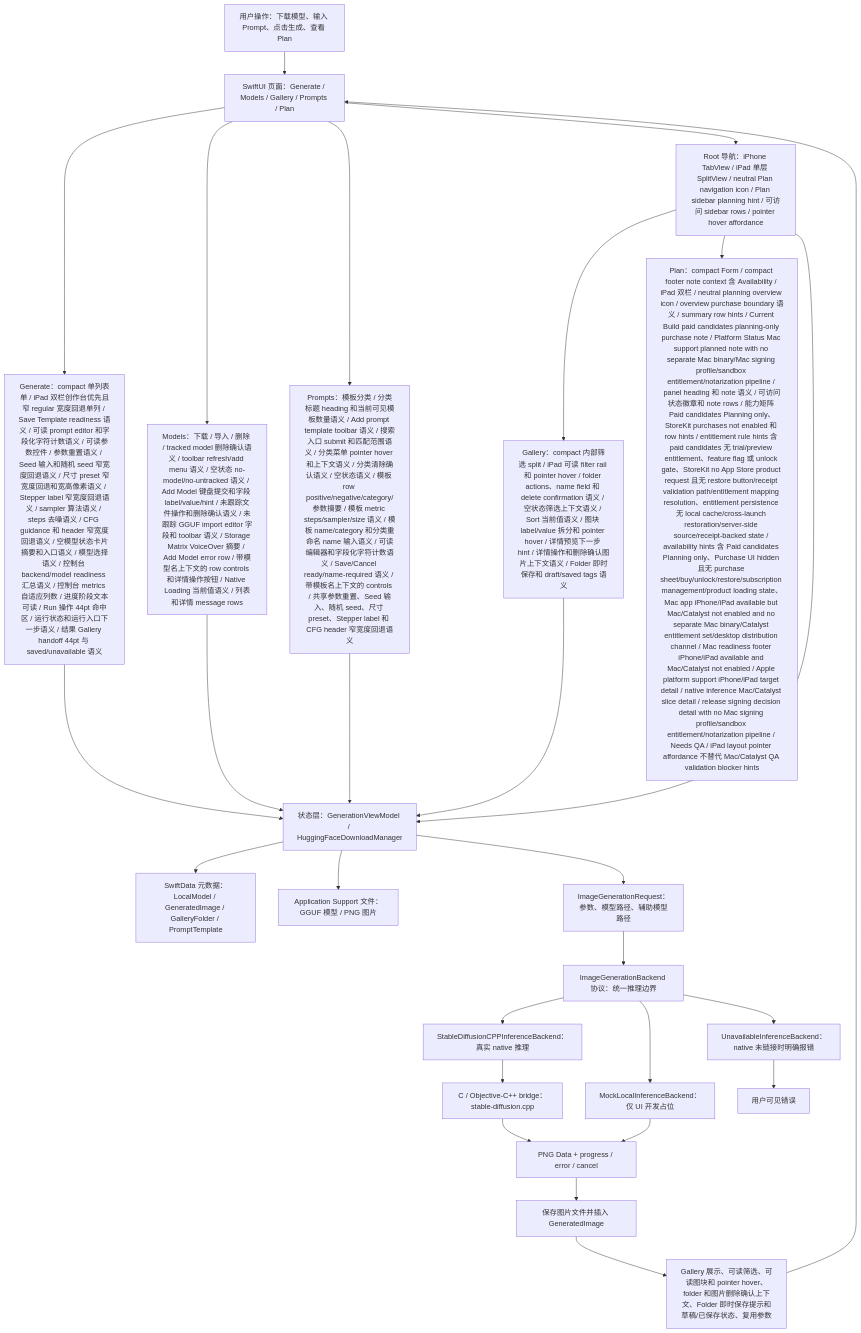
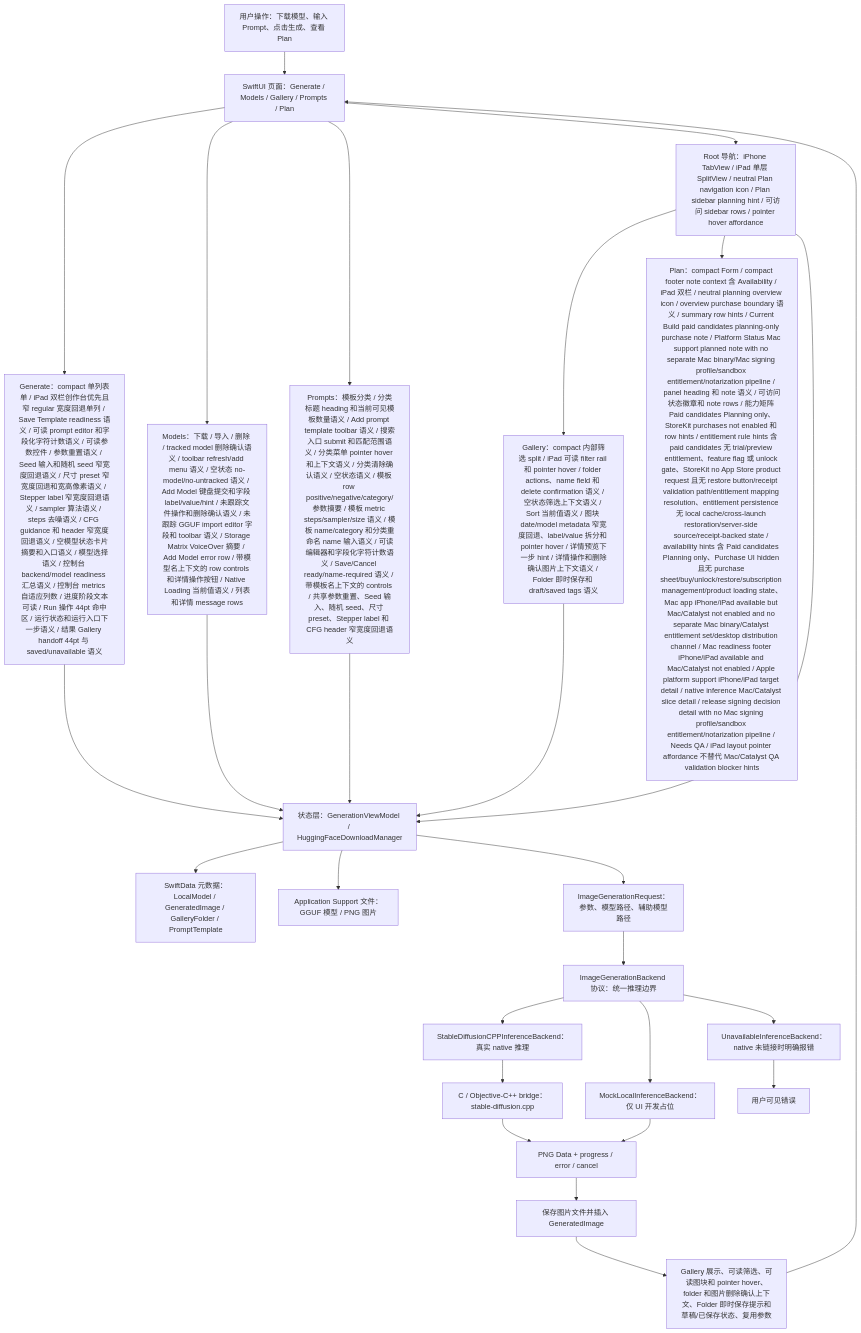
Before and after one commit to Altman-sam114/118: the first of 7 diagrams in md/flow/flowchart.md, drawn with Mermaid. The commit also changed 5 other files, not shown here.

First line of the commit message:
v1.129: Gallery tile model fallback

````diff
--- a/md/flow/flowchart.md
+++ b/md/flow/flowchart.md
@@ -9,29 +9,29 @@
 ```mermaid
 flowchart TD
   U["用户操作：下载模型、输入 Prompt、点击生成、查看 Plan"] --> UI["SwiftUI 页面：Generate / Models / Gallery / Prompts / Plan"]
   UI --> GENUI["Generate：compact 单列表单 / iPad 双栏创作台优先且窄 regular 宽度回退单列 / Save Template readiness 语义 / 可读 prompt editor 和字段化字符计数语义 / 可读参数控件 / 参数重置语义 / Seed 输入和随机 seed 窄宽度回退语义 / 尺寸 preset 窄宽度回退和宽高像素语义 / Stepper label 窄宽度回退语义 / sampler 算法语义 / steps 去噪语义 / CFG guidance 和 header 窄宽度回退语义 / 空模型状态卡片摘要和入口语义 / 模型选择语义 / 控制台 backend/model readiness 汇总语义 / 控制台 metrics 自适应列数 / 进度阶段文本可读 / Run 操作 44pt 命中区 / 运行状态和运行入口下一步语义 / 结果 Gallery handoff 44pt 与 saved/unavailable 语义"]
   UI --> MODELUI["Models：下载 / 导入 / 删除 / tracked model 删除确认语义 / toolbar refresh/add menu 语义 / 空状态 no-model/no-untracked 语义 / Add Model 键盘提交和字段 label/value/hint / 未跟踪文件操作和删除确认语义 / 未跟踪 GGUF import editor 字段和 toolbar 语义 / Storage Matrix VoiceOver 摘要 / Add Model error row / 带模型名上下文的 row controls 和详情操作按钮 / Native Loading 当前值语义 / 列表和详情 message rows"]
   UI --> PROMPTUI["Prompts：模板分类 / 分类标题 heading 和当前可见模板数量语义 / Add prompt template toolbar 语义 / 搜索入口 submit 和匹配范围语义 / 分类菜单 pointer hover 和上下文语义 / 分类清除确认语义 / 空状态语义 / 模板 row positive/negative/category/参数摘要 / 模板 metric steps/sampler/size 语义 / 模板 name/category 和分类重命名 name 输入语义 / 可读编辑器和字段化字符计数语义 / Save/Cancel ready/name-required 语义 / 带模板名上下文的 controls / 共享参数重置、Seed 输入、随机 seed、尺寸 preset、Stepper label 和 CFG header 窄宽度回退语义"]
   UI --> NAV["Root 导航：iPhone TabView / iPad 单层 SplitView / neutral Plan navigation icon / Plan sidebar planning hint / 可访问 sidebar rows / pointer hover affordance"]
-  NAV --> GALUI["Gallery：compact 内部筛选 split / iPad 可读 filter rail 和 pointer hover / folder actions、name field 和 delete confirmation 语义 / 空状态筛选上下文语义 / Sort 当前值语义 / 图块 label/value 拆分和 pointer hover / 详情预览下一步 hint / 详情操作和删除确认图片上下文语义 / Folder 即时保存和 draft/saved tags 语义"]
+  NAV --> GALUI["Gallery：compact 内部筛选 split / iPad 可读 filter rail 和 pointer hover / folder actions、name field 和 delete confirmation 语义 / 空状态筛选上下文语义 / Sort 当前值语义 / 图块 date/model metadata 窄宽度回退、label/value 拆分和 pointer hover / 详情预览下一步 hint / 详情操作和删除确认图片上下文语义 / Folder 即时保存和 draft/saved tags 语义"]
   NAV --> PLANUI["Plan：compact Form / compact footer note context 含 Availability / iPad 双栏 / neutral planning overview icon / overview purchase boundary 语义 / summary row hints / Current Build paid candidates planning-only purchase note / Platform Status Mac support planned note with no separate Mac binary/Mac signing profile/sandbox entitlement/notarization pipeline / panel heading 和 note 语义 / 可访问状态徽章和 note rows / 能力矩阵 Paid candidates Planning only、StoreKit purchases not enabled 和 row hints / entitlement rule hints 含 paid candidates 无 trial/preview entitlement、feature flag 或 unlock gate、StoreKit no App Store product request 且无 restore button/receipt validation path/entitlement mapping resolution、entitlement persistence 无 local cache/cross-launch restoration/server-side source/receipt-backed state / availability hints 含 Paid candidates Planning only、Purchase UI hidden 且无 purchase sheet/buy/unlock/restore/subscription management/product loading state、Mac app iPhone/iPad available but Mac/Catalyst not enabled and no separate Mac binary/Catalyst entitlement set/desktop distribution channel / Mac readiness footer iPhone/iPad available and Mac/Catalyst not enabled / Apple platform support iPhone/iPad target detail / native inference Mac/Catalyst slice detail / release signing decision detail with no Mac signing profile/sandbox entitlement/notarization pipeline / Needs QA / iPad layout pointer affordance 不替代 Mac/Catalyst QA validation blocker hints"]
   NAV --> VM["状态层：GenerationViewModel / HuggingFaceDownloadManager"]
   GENUI --> VM
   MODELUI --> VM
   PROMPTUI --> VM
   GALUI --> VM
   VM --> SD["SwiftData 元数据：LocalModel / GeneratedImage / GalleryFolder / PromptTemplate"]
   VM --> FS["Application Support 文件：GGUF 模型 / PNG 图片"]
   VM --> REQ["ImageGenerationRequest：参数、模型路径、辅助模型路径"]
   REQ --> IFACE["ImageGenerationBackend 协议：统一推理边界"]
   IFACE --> NATIVE["StableDiffusionCPPInferenceBackend：真实 native 推理"]
   IFACE --> MOCK["MockLocalInferenceBackend：仅 UI 开发占位"]
   IFACE --> OFF["UnavailableInferenceBackend：native 未链接时明确报错"]
   NATIVE --> BRIDGE["C / Objective-C++ bridge：stable-diffusion.cpp"]
   BRIDGE --> PNG["PNG Data + progress / error / cancel"]
   MOCK --> PNG
   OFF --> ERR["用户可见错误"]
   PNG --> SAVE["保存图片文件并插入 GeneratedImage"]
   SAVE --> GALLERY["Gallery 展示、可读筛选、可读图块和 pointer hover、folder 和图片删除确认上下文、Folder 即时保存提示和草稿/已保存状态、复用参数"]
   GALLERY --> UI
 ```
````
